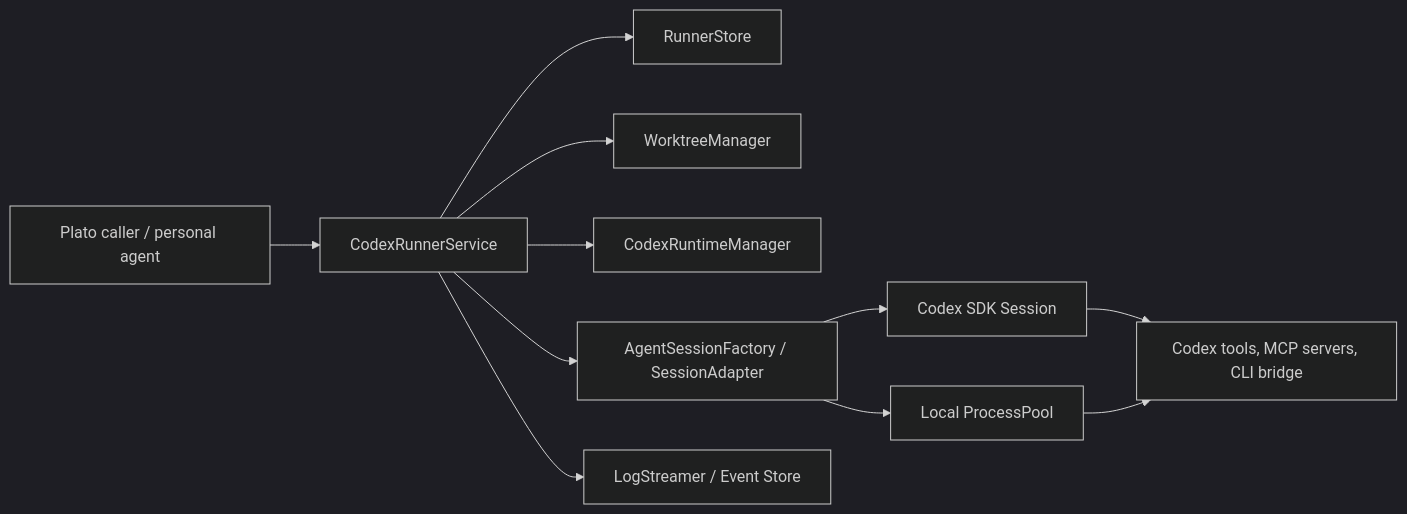
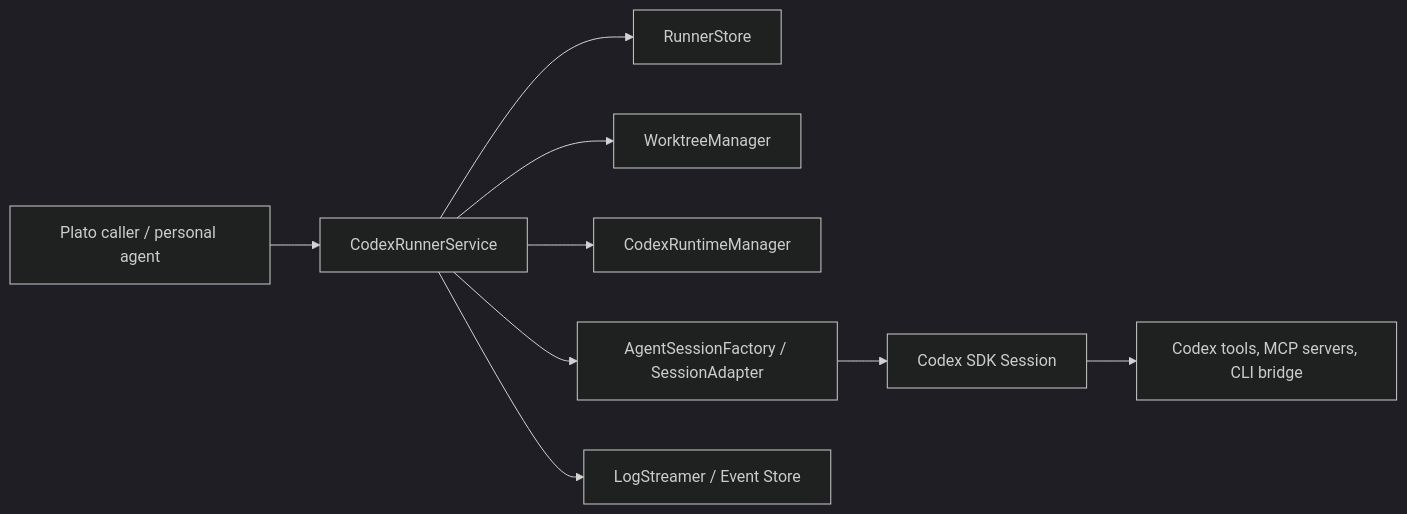
The first of 2 diagrams in services/codex-runner/docs/architecture-spec.md (Bensigo/plato), drawn with Mermaid (dark theme) before and after one commit. The commit also changed other lines of this file and 16 other files, not shown here.

````diff
--- a/services/codex-runner/docs/architecture-spec.md
+++ b/services/codex-runner/docs/architecture-spec.md
@@ -49,13 +49,11 @@
 ```mermaid
 flowchart LR
     A["Plato caller / personal agent"] --> B["CodexRunnerService"]
     B --> C["RunnerStore"]
     B --> D["WorktreeManager"]
     B --> E["CodexRuntimeManager"]
     B --> F["AgentSessionFactory / SessionAdapter"]
     F --> G["Codex SDK Session"]
-    F --> H["Local ProcessPool"]
     G --> I["Codex tools, MCP servers, CLI bridge"]
-    H --> I
     B --> J["LogStreamer / Event Store"]
 ```
````
